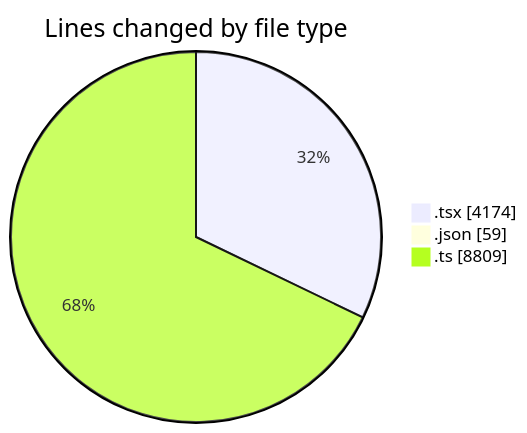
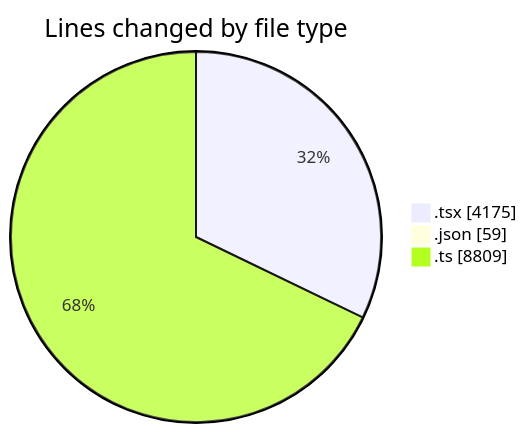
One commit to momahboobian/code-tracking changed the first of 2 diagrams in 2025-11-24/cda/README.md. Above: the diagram before and after it, drawn with Mermaid. The commit also changed other lines of this file and 1 other file, not shown here.

````diff
--- a/2025-11-24/cda/README.md
+++ b/2025-11-24/cda/README.md
@@ -34,7 +34,7 @@
 ```mermaid
 pie showData
 title Lines changed by file type
-".tsx" : 4174
+".tsx" : 4175
 ".json" : 59
 ".ts" : 8809
 ```
````
